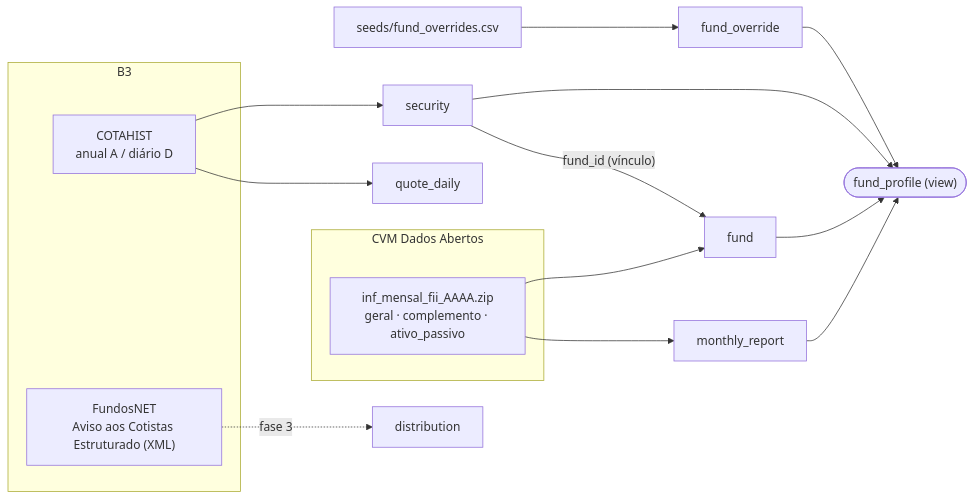
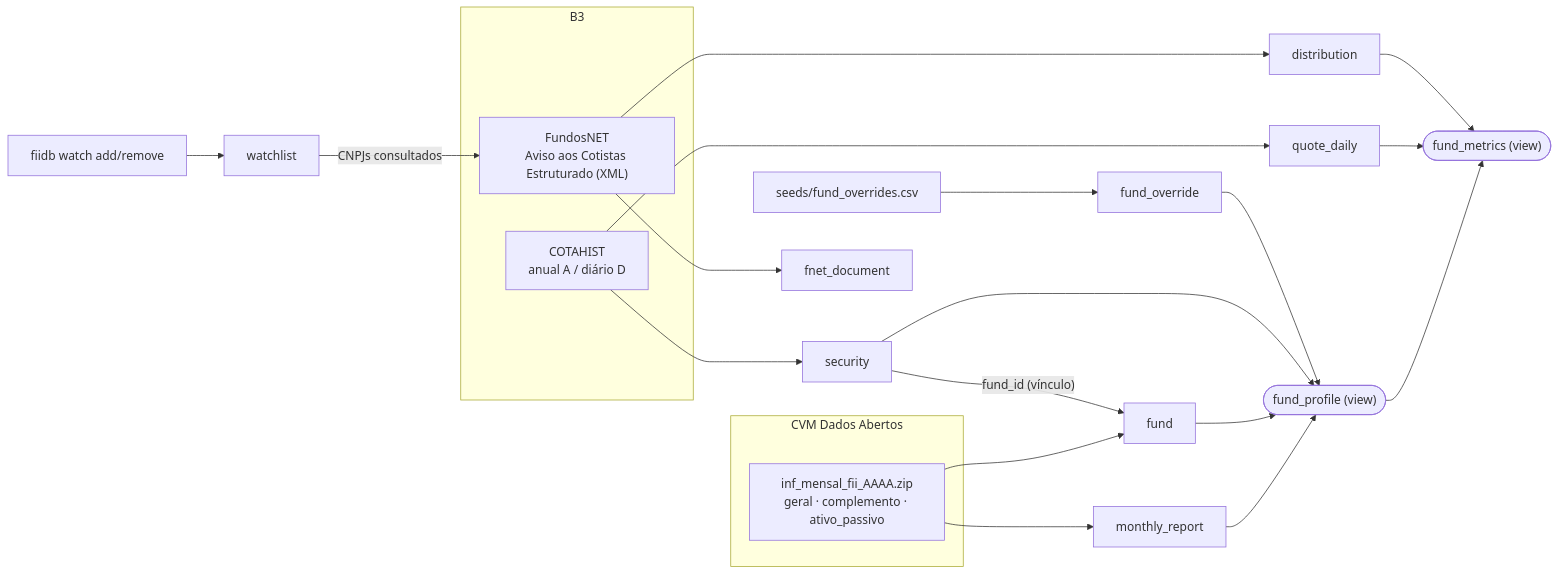
Before and after one commit to joao-sallaberry/fiidb: the diagram in docs/ingestion.md, drawn with Mermaid. The commit also changed other lines of this file and 14 other files, not shown here.

First line of the commit message:
Add FundosNET distributions, watchlist and fund metrics

````diff
--- a/docs/ingestion.md
+++ b/docs/ingestion.md
@@ -8,24 +8,31 @@
 ```mermaid
 flowchart LR
     subgraph CVM["CVM Dados Abertos"]
         IM["inf_mensal_fii_AAAA.zip<br/>geral · complemento · ativo_passivo"]
     end
     subgraph B3
         CH["COTAHIST<br/>anual A / diário D"]
         FN["FundosNET<br/>Aviso aos Cotistas Estruturado (XML)"]
     end
     SEED["seeds/fund_overrides.csv"]
+    CLI["fiidb watch add/remove"]
 
     IM --> fund
     IM --> monthly_report
     CH --> quote_daily
     CH --> security
-    FN -. fase 3 .-> distribution
+    CLI --> watchlist
+    watchlist -- "CNPJs consultados" --> FN
+    FN --> fnet_document
+    FN --> distribution
     SEED --> fund_override
 
     security -- "fund_id (vínculo)" --> fund
     monthly_report --> fund_profile(["fund_profile (view)"])
     fund --> fund_profile
     security --> fund_profile
     fund_override --> fund_profile
+    fund_profile --> fund_metrics(["fund_metrics (view)"])
+    quote_daily --> fund_metrics
+    distribution --> fund_metrics
 ```
````
